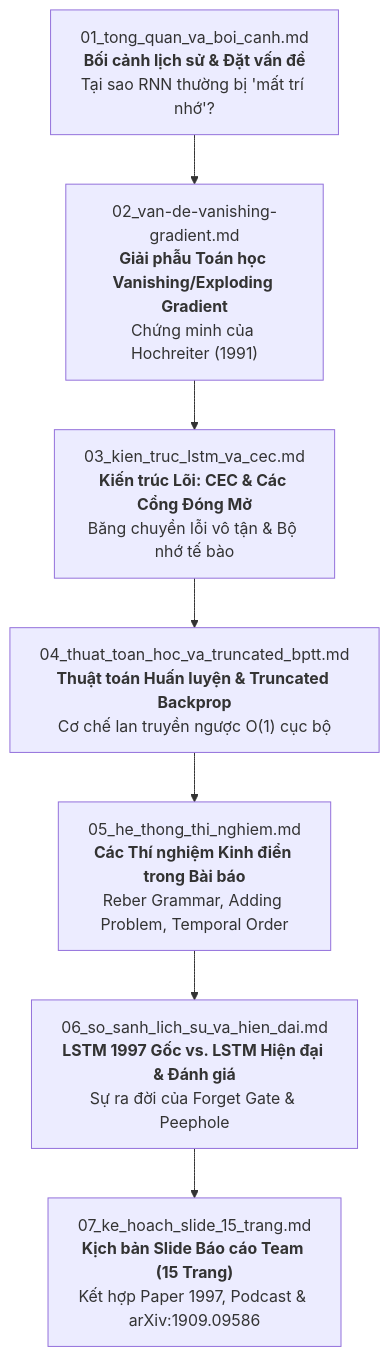
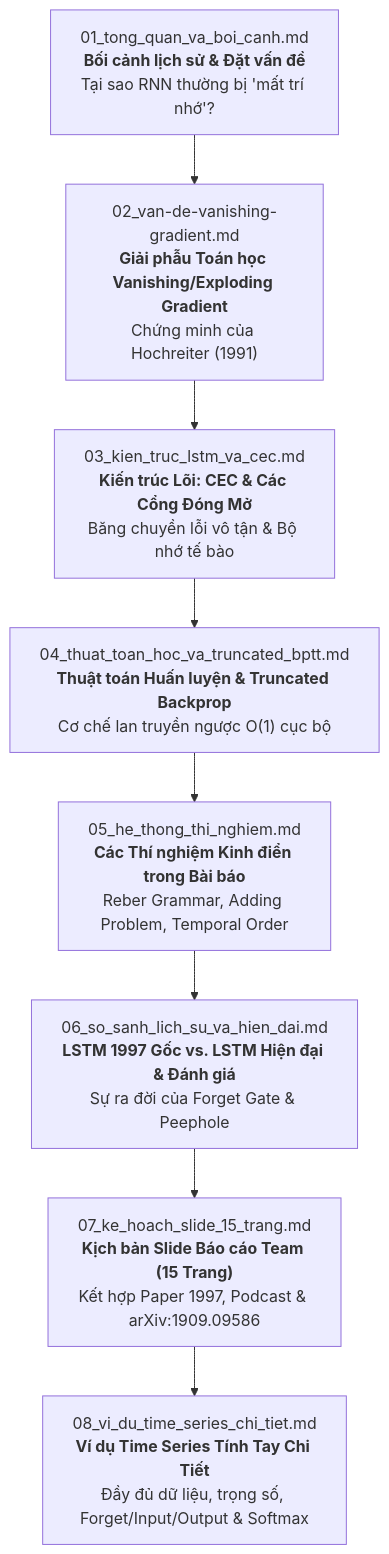
The diagram in PTDLKD/LSTM/explanation/README.md (snowflake-vibing/KnowledgeLibrary), drawn with Mermaid before and after one commit. The commit also changed other lines of this file and 1 other file, not shown here.

Commit message:
docs: them vi du time series tinh tay chi tiet cho so do LSTM

````diff
--- a/PTDLKD/LSTM/explanation/README.md
+++ b/PTDLKD/LSTM/explanation/README.md
@@ -23,12 +23,13 @@
 ```mermaid
 flowchart TD
     Doc1["01_tong_quan_va_boi_canh.md<br><b>Bối cảnh lịch sử & Đặt vấn đề</b><br>Tại sao RNN thường bị 'mất trí nhớ'?"]
     Doc2["02_van-de-vanishing-gradient.md<br><b>Giải phẫu Toán học Vanishing/Exploding Gradient</b><br>Chứng minh của Hochreiter (1991)"]
     Doc3["03_kien_truc_lstm_va_cec.md<br><b>Kiến trúc Lõi: CEC & Các Cổng Đóng Mở</b><br>Băng chuyền lỗi vô tận & Bộ nhớ tế bào"]
     Doc4["04_thuat_toan_hoc_va_truncated_bptt.md<br><b>Thuật toán Huấn luyện & Truncated Backprop</b><br>Cơ chế lan truyền ngược O(1) cục bộ"]
     Doc5["05_he_thong_thi_nghiem.md<br><b>Các Thí nghiệm Kinh điển trong Bài báo</b><br>Reber Grammar, Adding Problem, Temporal Order"]
     Doc6["06_so_sanh_lich_su_va_hien_dai.md<br><b>LSTM 1997 Gốc vs. LSTM Hiện đại & Đánh giá</b><br>Sự ra đời của Forget Gate & Peephole"]
     Doc7["07_ke_hoach_slide_15_trang.md<br><b>Kịch bản Slide Báo cáo Team (15 Trang)</b><br>Kết hợp Paper 1997, Podcast & arXiv:1909.09586"]
+    Doc8["08_vi_du_time_series_chi_tiet.md<br><b>Ví dụ Time Series Tính Tay Chi Tiết</b><br>Đầy đủ dữ liệu, trọng số, Forget/Input/Output & Softmax"]
 
-    Doc1 --> Doc2 --> Doc3 --> Doc4 --> Doc5 --> Doc6 --> Doc7
+    Doc1 --> Doc2 --> Doc3 --> Doc4 --> Doc5 --> Doc6 --> Doc7 --> Doc8
 ```
````
